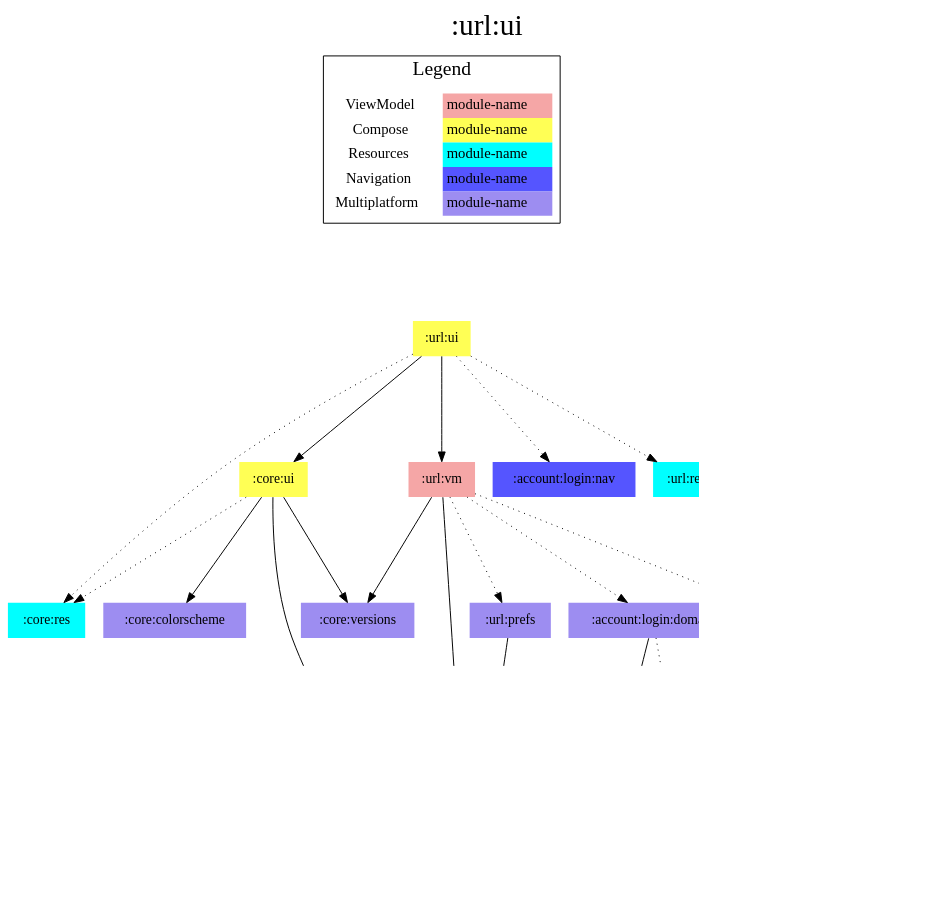
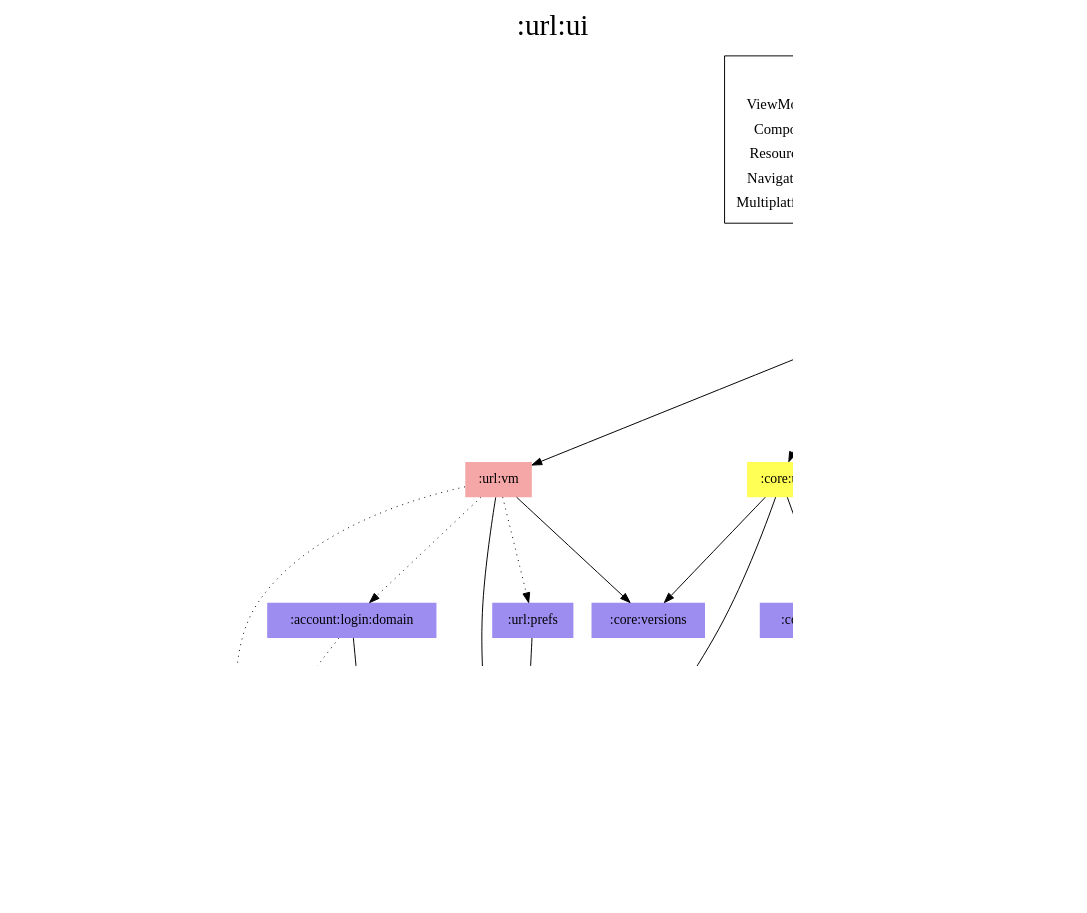
Before and after one commit to jonapoul/aktual: the diagram in modules/url/ui/project-dependency-graph.dot, drawn with Graphviz. The commit also changed other lines of this file and 50 other files, not shown here.

Commit message:
Fix diagram sorting

```diff
--- a/modules/url/ui/project-dependency-graph.dot
+++ b/modules/url/ui/project-dependency-graph.dot
@@ -1,58 +1,58 @@
 digraph {
 edge ["dir"="forward"]
 graph ["dpi"="100","label"=":url:ui","labelloc"="t","fontsize"="30","ranksep"="1.5","rankdir"="TB"]
 node ["style"="filled"]
-":url:ui" ["fillcolor"="#FFFF55","shape"="none"]
-":core:ui" ["fillcolor"="#FFFF55","shape"="none"]
-":core:colorscheme" ["fillcolor"="#9D8DF1","shape"="none"]
-":core:versions" ["fillcolor"="#9D8DF1","shape"="none"]
-":url:model" ["fillcolor"="#9D8DF1","shape"="none"]
-":core:res" ["fillcolor"="#00FFFF","shape"="none"]
-":url:vm" ["fillcolor"="#F5A6A6","shape"="none"]
 ":account:login:domain" ["fillcolor"="#9D8DF1","shape"="none"]
+":account:login:nav" ["fillcolor"="#5555FF","shape"="none"]
 ":account:model" ["fillcolor"="#9D8DF1","shape"="none"]
 ":api:actual" ["fillcolor"="#9D8DF1","shape"="none"]
 ":budget:model" ["fillcolor"="#9D8DF1","shape"="none"]
 ":codegen:annotation" ["fillcolor"="#9D8DF1","shape"="none"]
+":core:colorscheme" ["fillcolor"="#9D8DF1","shape"="none"]
+":core:res" ["fillcolor"="#00FFFF","shape"="none"]
+":core:ui" ["fillcolor"="#FFFF55","shape"="none"]
+":core:versions" ["fillcolor"="#9D8DF1","shape"="none"]
+":url:model" ["fillcolor"="#9D8DF1","shape"="none"]
 ":url:prefs" ["fillcolor"="#9D8DF1","shape"="none"]
-":account:login:nav" ["fillcolor"="#5555FF","shape"="none"]
 ":url:res" ["fillcolor"="#00FFFF","shape"="none"]
+":url:ui" ["fillcolor"="#FFFF55","shape"="none"]
+":url:vm" ["fillcolor"="#F5A6A6","shape"="none"]
 {
 edge ["dir"="none"]
 graph ["rank"="same"]
 }
 ":account:login:domain" -> ":account:model"
 ":account:login:domain" -> ":api:actual" ["style"="dotted"]
 ":api:actual" -> ":account:model"
 ":api:actual" -> ":budget:model"
 ":api:actual" -> ":codegen:annotation" ["style"="dotted"]
 ":api:actual" -> ":url:model"
 ":core:ui" -> ":core:colorscheme"
 ":core:ui" -> ":core:res" ["style"="dotted"]
 ":core:ui" -> ":core:versions"
 ":core:ui" -> ":url:model"
 ":url:prefs" -> ":url:model"
 ":url:ui" -> ":account:login:nav" ["style"="dotted"]
 ":url:ui" -> ":core:res" ["style"="dotted"]
 ":url:ui" -> ":core:ui"
 ":url:ui" -> ":url:res" ["style"="dotted"]
 ":url:ui" -> ":url:vm"
 ":url:vm" -> ":account:login:domain" ["style"="dotted"]
 ":url:vm" -> ":api:actual" ["style"="dotted"]
 ":url:vm" -> ":core:versions"
 ":url:vm" -> ":url:model"
 ":url:vm" -> ":url:prefs" ["style"="dotted"]
 subgraph "cluster_legend" {
 edge ["dir"="none"]
 graph ["label"="Legend","fontsize"="20"]
 "Legend" ["style"="filled","fillcolor"="#FFFFFF","shape"="none","margin"="0","fontsize"="15","label"=<
 <TABLE BORDER="0" CELLBORDER="0" CELLSPACING="0" CELLPADDING="4">
 <TR><TD>ViewModel</TD><TD BGCOLOR="#F5A6A6">module-name</TD></TR>
 <TR><TD>Compose</TD><TD BGCOLOR="#FFFF55">module-name</TD></TR>
 <TR><TD>Resources</TD><TD BGCOLOR="#00FFFF">module-name</TD></TR>
 <TR><TD>Navigation</TD><TD BGCOLOR="#5555FF">module-name</TD></TR>
 <TR><TD>Multiplatform</TD><TD BGCOLOR="#9D8DF1">module-name</TD></TR>
 </TABLE>
 >]
 } -> ":url:ui" ["style"="invis"]
 }
```
